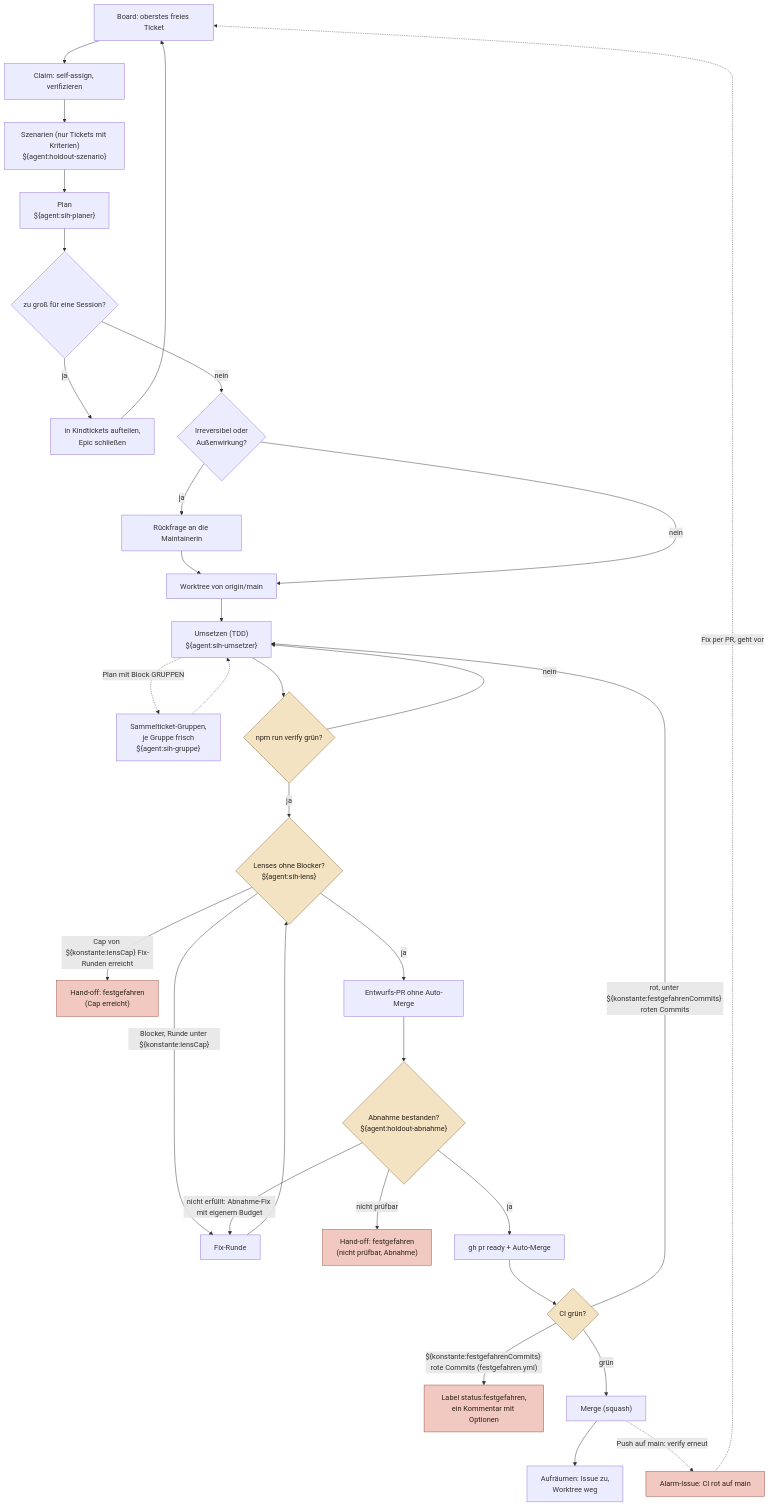
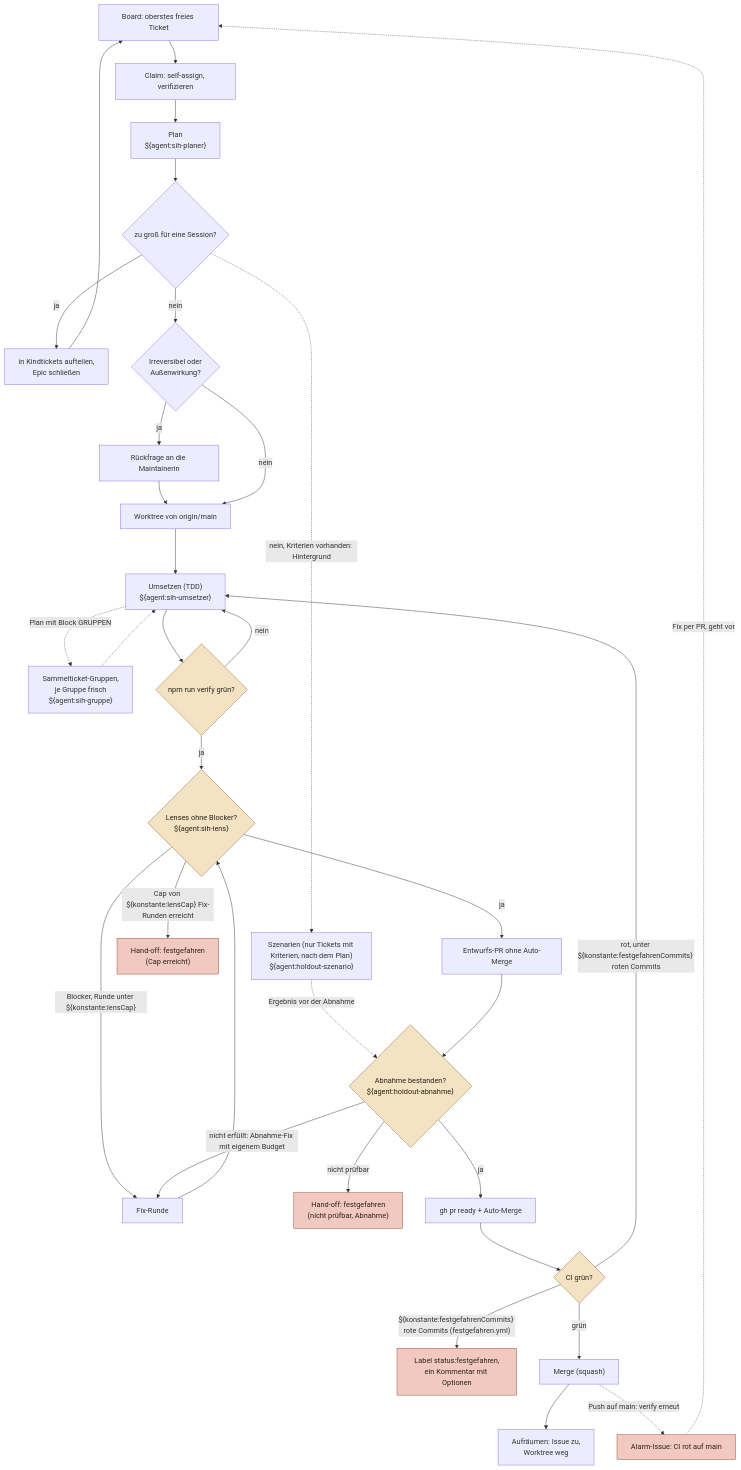
The diagram in docs/diagramme/agenten-ablauf.mmd (fluffels/self-improving-agent-harness-and-factory), drawn with Mermaid before and after one commit. The commit also changed 70 other files, not shown here.

```diff
--- a/docs/diagramme/agenten-ablauf.mmd
+++ b/docs/diagramme/agenten-ablauf.mmd
@@ -1,53 +1,55 @@
 flowchart TD
   board["Board: oberstes freies Ticket"]
   claim["Claim: self-assign, verifizieren"]
   wt["Worktree von origin/main"]
-  szen["Szenarien (nur Tickets mit Kriterien)<br/>${agent:holdout-szenario}"]
+  szen["Szenarien (nur Tickets mit Kriterien, nach dem Plan)<br/>${agent:holdout-szenario}"]
   plan["Plan<br/>${agent:sih-planer}"]
   epic{"zu groß für eine Session?"}
   kinder["in Kindtickets aufteilen,<br/>Epic schließen"]
   pre{"Irreversibel oder<br/>Außenwirkung?"}
   frage["Rückfrage an die Maintainerin"]
   umsetzen["Umsetzen (TDD)<br/>${agent:sih-umsetzer}"]
   gruppen["Sammelticket-Gruppen,<br/>je Gruppe frisch<br/>${agent:sih-gruppe}"]
   verify{"npm run verify grün?"}
   lenses{"Lenses ohne Blocker?<br/>${agent:sih-lens}"}
   fix["Fix-Runde"]
   handoff["Hand-off: festgefahren<br/>(Cap erreicht)"]
   entwurf["Entwurfs-PR ohne Auto-Merge"]
   abnahme{"Abnahme bestanden?<br/>${agent:holdout-abnahme}"}
   handoff2["Hand-off: festgefahren<br/>(nicht prüfbar, Abnahme)"]
   pr["gh pr ready + Auto-Merge"]
   ci{"CI grün?"}
   fest["Label status:festgefahren,<br/>ein Kommentar mit Optionen"]
   merge["Merge (squash)"]
   cleanup["Aufräumen: Issue zu,<br/>Worktree weg"]
   alarm["Alarm-Issue: CI rot auf main"]
 
-  board --> claim --> szen --> plan --> epic
+  board --> claim --> plan --> epic
   epic -- ja --> kinder --> board
   epic -- nein --> pre
+  epic -. "nein, Kriterien vorhanden: Hintergrund" .-> szen
+  szen -.->|"Ergebnis vor der Abnahme"| abnahme
   pre -- ja --> frage --> wt
   pre -- nein --> wt
   wt --> umsetzen
   umsetzen --> verify
   umsetzen -.->|"Plan mit Block GRUPPEN"| gruppen -.-> umsetzen
   verify -- nein --> umsetzen
   verify -- ja --> lenses
   lenses -- "Blocker, Runde unter ${konstante:lensCap}" --> fix --> lenses
   lenses -- "Cap von ${konstante:lensCap} Fix-Runden erreicht" --> handoff
   lenses -- ja --> entwurf --> abnahme
   abnahme -- "nicht erfüllt: Abnahme-Fix mit eigenem Budget" --> fix
   abnahme -- "nicht prüfbar" --> handoff2
   abnahme -- ja --> pr
   pr --> ci
   ci -- "rot, unter ${konstante:festgefahrenCommits} roten Commits" --> umsetzen
   ci -- "${konstante:festgefahrenCommits} rote Commits (festgefahren.yml)" --> fest
   ci -- grün --> merge --> cleanup
   merge -.->|"Push auf main: verify erneut"| alarm
   alarm -.->|"Fix per PR, geht vor"| board
 
   classDef schleife fill:#f3e3c3,stroke:#8a6a3f,color:#2b2118
   classDef stopp fill:#f2c9c0,stroke:#9a4a3a,color:#2b2118
   class verify,lenses,abnahme,ci schleife
   class handoff,handoff2,fest,alarm stopp
```
